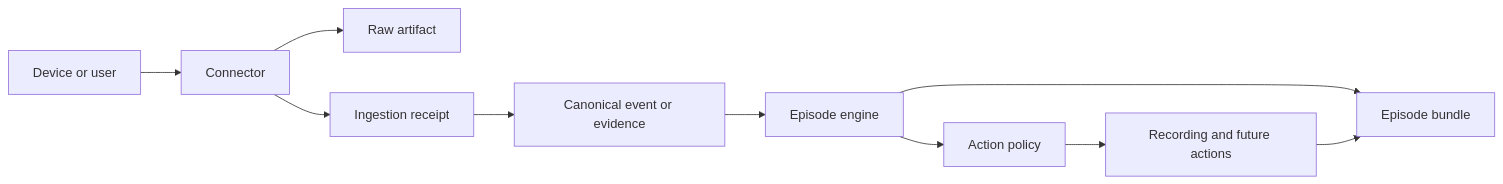
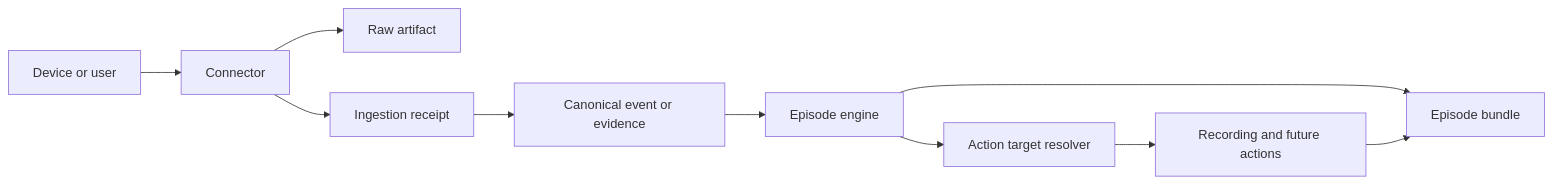
The diagram in docs/ARCHITECTURE.md (OpenEpisode/episode), drawn with Mermaid before and after one commit. The commit also changed other lines of this file and 15 other files, not shown here.

````diff
--- a/docs/ARCHITECTURE.md
+++ b/docs/ARCHITECTURE.md
@@ -9,12 +9,12 @@
 ```mermaid
 flowchart LR
     Device[Device or user] --> Connector[Connector]
     Connector --> Artifact[Raw artifact]
     Connector --> Receipt[Ingestion receipt]
     Receipt --> Canonical[Canonical event or evidence]
     Canonical --> Engine[Episode engine]
     Engine --> Bundle[Episode bundle]
-    Engine --> Policy[Action policy]
-    Policy --> Action[Recording and future actions]
+    Engine --> Targets[Action target resolver]
+    Targets --> Action[Recording and future actions]
     Action --> Bundle
 ```
````
